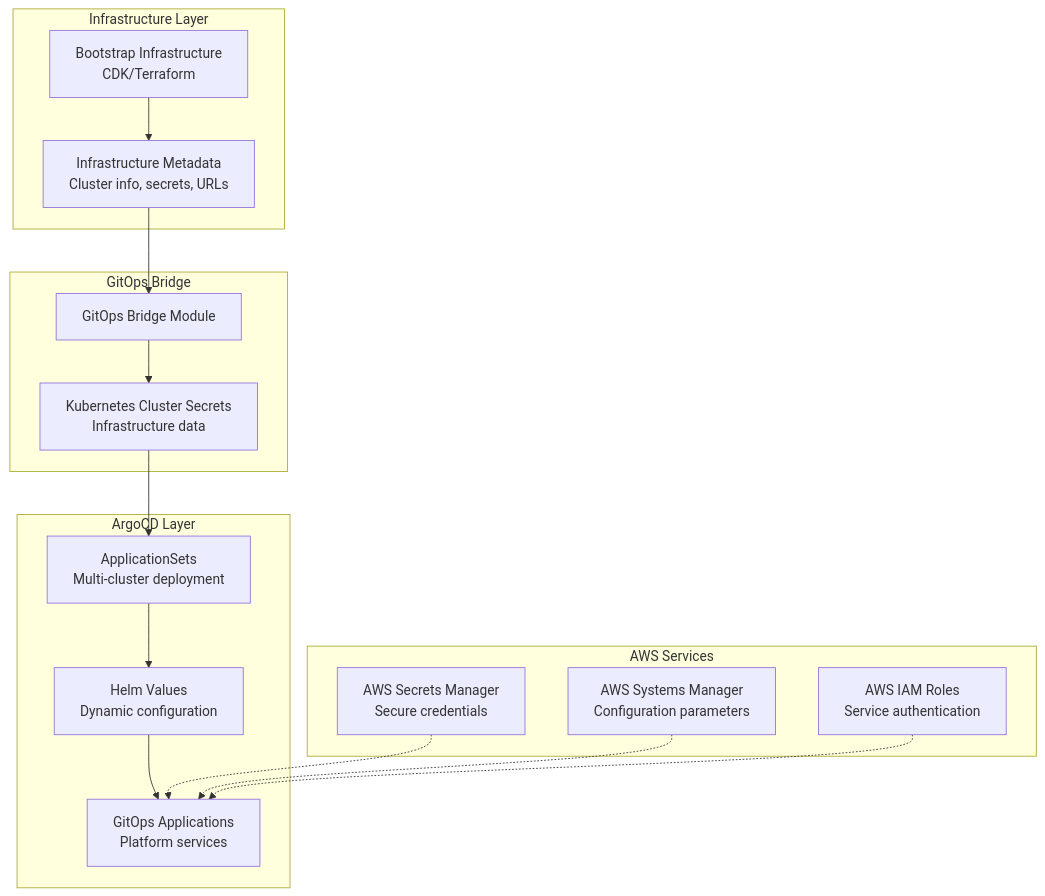
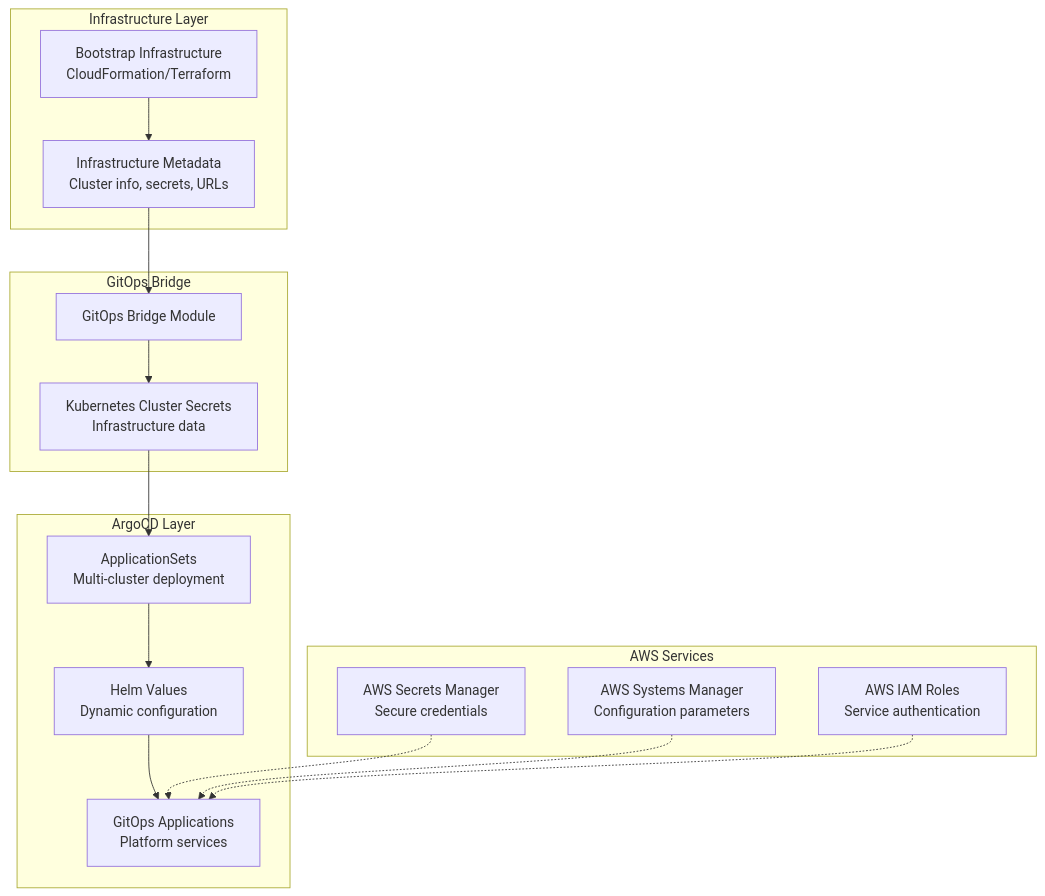
One commit to aws-samples/appmod-blueprints changed the fifth of 12 diagrams in ARCHITECTURE.md. Above: the diagram before and after it, drawn with Mermaid. The commit also changed other lines of this file and 4 other files, not shown here.

````diff
--- a/ARCHITECTURE.md
+++ b/ARCHITECTURE.md
@@ -144,35 +255,35 @@
 ```mermaid
 graph TB
     subgraph "Infrastructure Layer"
-        BOOTSTRAP[Bootstrap Infrastructure<br/>CDK/Terraform]
+        BOOTSTRAP[Bootstrap Infrastructure<br/>CloudFormation/Terraform]
         ADDONS_META[Infrastructure Metadata<br/>Cluster info, secrets, URLs]
     end
     
     subgraph "GitOps Bridge"
         GB_MODULE[GitOps Bridge Module]
         K8S_SECRETS[Kubernetes Cluster Secrets<br/>Infrastructure data]
     end
     
     subgraph "ArgoCD Layer"
         APPSETS[ApplicationSets<br/>Multi-cluster deployment]
         HELM_VALUES[Helm Values<br/>Dynamic configuration]
         GITOPS_APPS[GitOps Applications<br/>Platform services]
     end
     
     subgraph "AWS Services"
         SECRETS_MGR[AWS Secrets Manager<br/>Secure credentials]
         SSM[AWS Systems Manager<br/>Configuration parameters]
         IAM[AWS IAM Roles<br/>Service authentication]
     end
     
     BOOTSTRAP --> ADDONS_META
     ADDONS_META --> GB_MODULE
     GB_MODULE --> K8S_SECRETS
     K8S_SECRETS --> APPSETS
     APPSETS --> HELM_VALUES
     HELM_VALUES --> GITOPS_APPS
     
     SECRETS_MGR -.-> GITOPS_APPS
     SSM -.-> GITOPS_APPS
     IAM -.-> GITOPS_APPS
 ```
````
